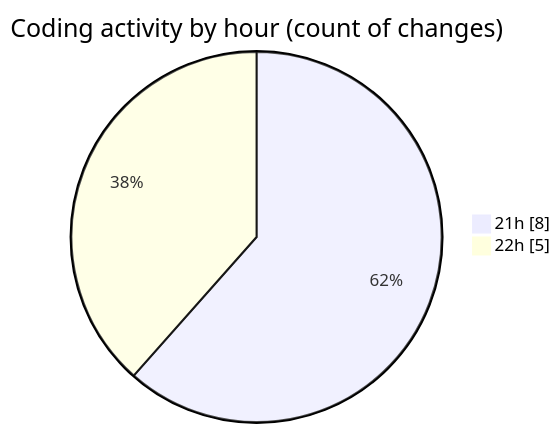
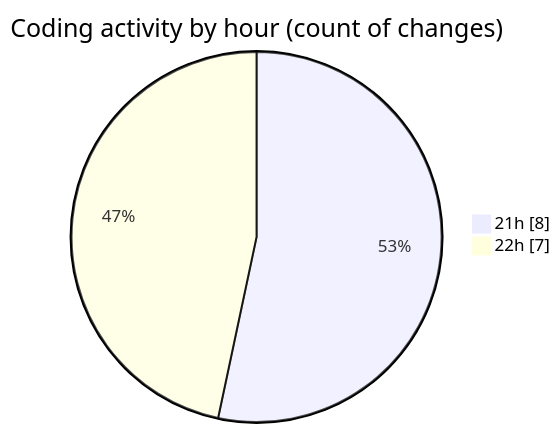
The second of 2 diagrams in 2025-06-25/samplepdf/README.md (momahboobian/code-tracking), drawn with Mermaid before and after one commit. The commit also changed other lines of this file and 1 other file, not shown here.

````diff
--- a/2025-06-25/samplepdf/README.md
+++ b/2025-06-25/samplepdf/README.md
@@ -32,6 +33,6 @@
 ```mermaid
 pie showData
 title Coding activity by hour (count of changes)
 "21h" : 8
-"22h" : 5
+"22h" : 7
 ```
````
